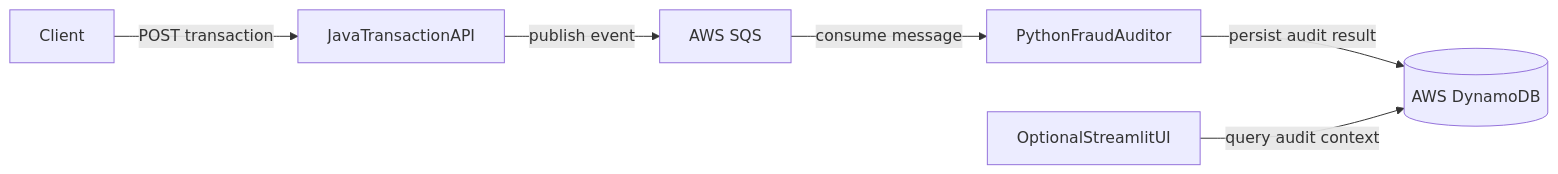
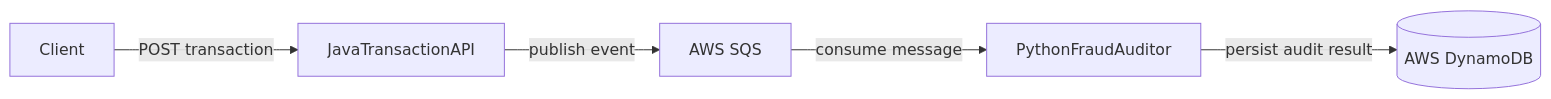
Before and after one commit to sehgalabhi/polyglot-fraud-auditor: the diagram in README.md, drawn with Mermaid. The commit also changed other lines of this file and 44 other files, not shown here.

````diff
--- a/README.md
+++ b/README.md
@@ -59,8 +57,7 @@
 ```mermaid
 graph LR
     Client[Client] -->|POST transaction| JavaApi[JavaTransactionAPI]
     JavaApi -->|publish event| SQS[AWS SQS]
     SQS -->|consume message| PyAuditor[PythonFraudAuditor]
     PyAuditor -->|persist audit result| DDB[(AWS DynamoDB)]
-    UI[OptionalStreamlitUI] -->|query audit context| DDB
 ```
````
